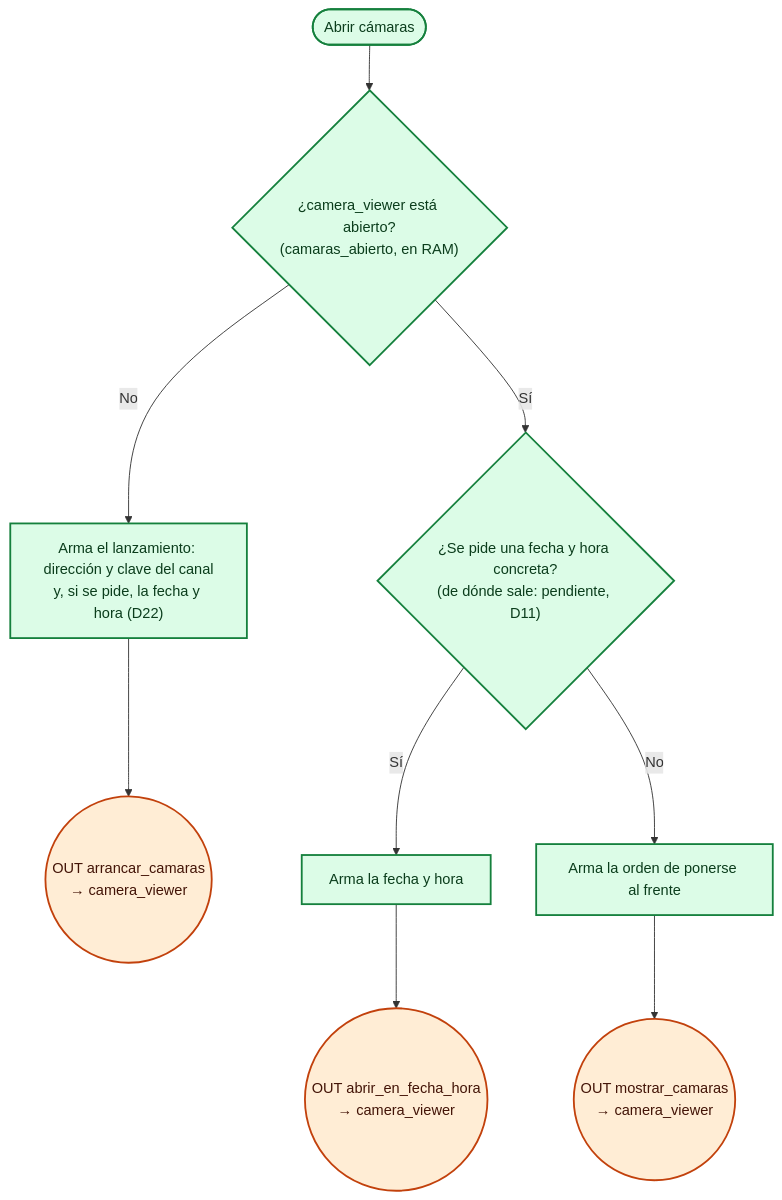
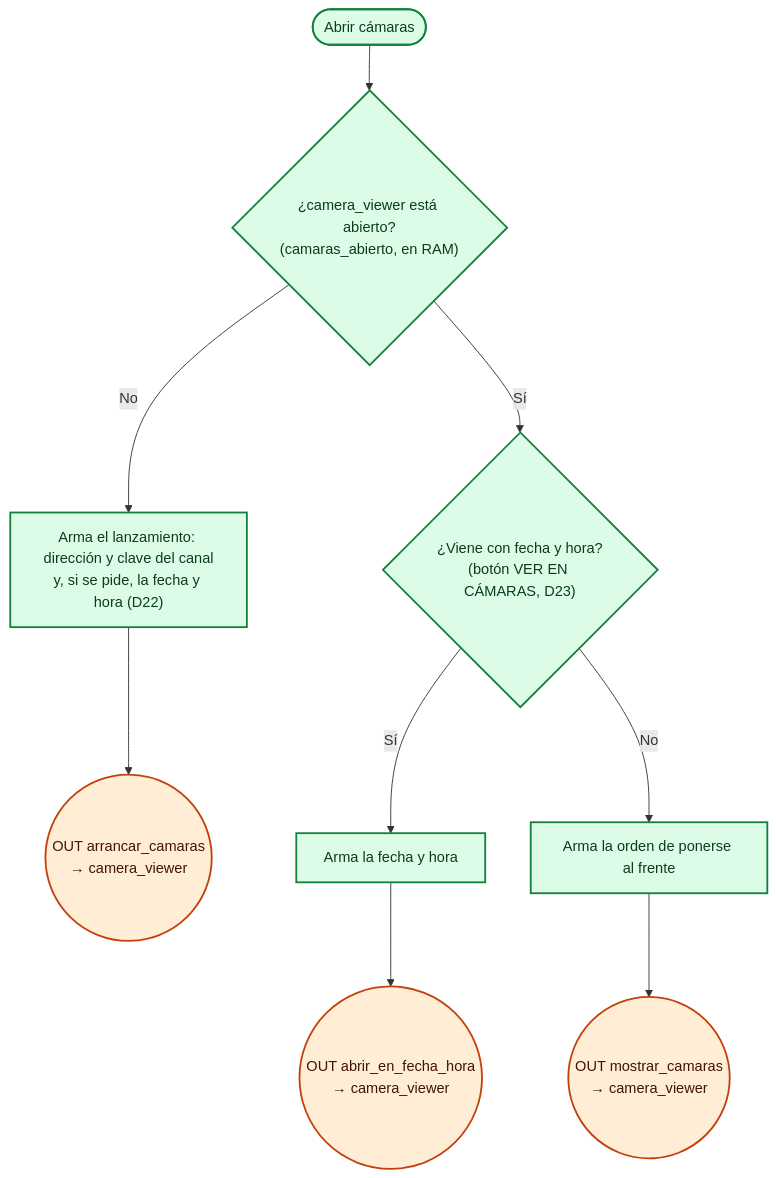
The diagram in v_3/docs/diagramas/flujo_01i_app_abrir_camaras.mmd (jesjack/sistema_ventas), drawn with Mermaid before and after one commit. The commit also changed 12 other files, not shown here.

```diff
--- a/v_3/docs/diagramas/flujo_01i_app_abrir_camaras.mmd
+++ b/v_3/docs/diagramas/flujo_01i_app_abrir_camaras.mmd
@@ -1,30 +1,30 @@
 %% chip: App
 %% 1i. Abrir cámaras (D11, D22): camera_viewer es hijo de App; App sabe si está abierto.
 flowchart TD
     T0(["Abrir cámaras"])
     D1{"¿camera_viewer está abierto?<br/>(camaras_abierto, en RAM)"}
     C3["Arma el lanzamiento: dirección y clave del canal<br/>y, si se pide, la fecha y hora (D22)"]
     oCam(("OUT arrancar_camaras<br/>→ camera_viewer")):::cam
-    D0{"¿Se pide una fecha y hora concreta?<br/>(de dónde sale: pendiente, D11)"}
+    D0{"¿Viene con fecha y hora?<br/>(botón VER EN CÁMARAS, D23)"}
     C2["Arma la fecha y hora"]
     oFecha(("OUT abrir_en_fecha_hora<br/>→ camera_viewer")):::cam
     C4["Arma la orden de ponerse al frente"]
     oMostrar(("OUT mostrar_camaras<br/>→ camera_viewer")):::cam
 
     T0 --> D1
     D1 -- "No" --> C3
     C3 --> oCam
     D1 -- "Sí" --> D0
     D0 -- "Sí" --> C2
     C2 --> oFecha
     D0 -- "No" --> C4
     C4 --> oMostrar
 
     classDef default fill:#dcfce7,stroke:#15803d,color:#0b3d1c,stroke-width:2px
     classDef par fill:#15803d,stroke:#111827,color:#ffffff,stroke-width:2px
     classDef app fill:#dcfce7,stroke:#15803d,color:#0b3d1c,stroke-width:2px
     classDef sof fill:#dbeafe,stroke:#1d4ed8,color:#0b1f4d,stroke-width:2px
     classDef bas fill:#fef9c3,stroke:#a16207,color:#422006,stroke-width:2px
     classDef uno fill:#ccfbf1,stroke:#0f766e,color:#042f2e,stroke-width:2px
     classDef cam fill:#ffedd5,stroke:#c2410c,color:#431407,stroke-width:2px
     classDef ext fill:#f3f4f6,stroke:#6b7280,color:#1f2937,stroke-width:1px,stroke-dasharray:4 3
```
